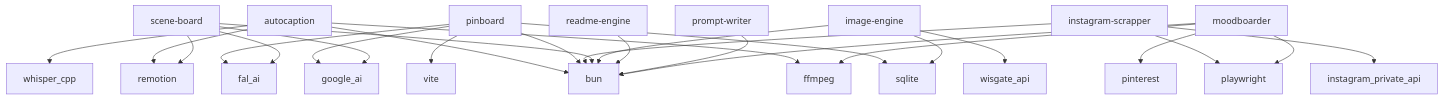
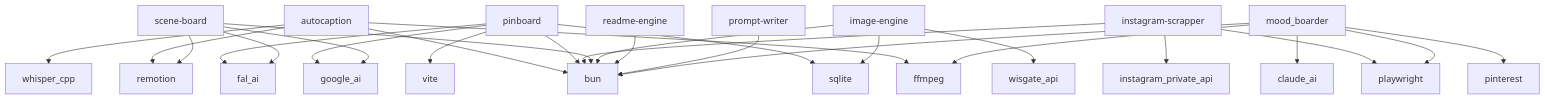
The diagram in README.md (Dragon-hearted/Adcelerate), drawn with Mermaid before and after one commit. The commit also changed other lines of this file, not shown here.

Commit message:
docs(readme): address CodeRabbit — eight systems, Claude dependency edge, moodboarder naming

````diff
--- a/README.md
+++ b/README.md
@@ -53,36 +53,37 @@
 ```mermaid
 graph TD
     autocaption[autocaption]
     autocaption --> bun
     autocaption --> ffmpeg
     autocaption --> whisper_cpp
     autocaption --> remotion
     pinboard[pinboard]
     pinboard --> bun
     pinboard --> sqlite
     pinboard --> google_ai
     pinboard --> vite
     pinboard --> fal_ai
     instagram_scrapper[instagram-scrapper]
     instagram_scrapper --> bun
     instagram_scrapper --> playwright
     instagram_scrapper --> instagram_private_api
     scene_board[scene-board]
     scene_board --> bun
     scene_board --> fal_ai
     scene_board --> google_ai
     scene_board --> remotion
     image_engine[image-engine]
     image_engine --> bun
     image_engine --> wisgate_api
     image_engine --> sqlite
     readme_engine[readme-engine]
     readme_engine --> bun
     prompt_writer[prompt-writer]
     prompt_writer --> bun
-    moodboarder[moodboarder]
-    moodboarder --> bun
-    moodboarder --> ffmpeg
-    moodboarder --> playwright
-    moodboarder --> pinterest
+    mood_boarder[mood_boarder]
+    mood_boarder --> bun
+    mood_boarder --> ffmpeg
+    mood_boarder --> playwright
+    mood_boarder --> pinterest
+    mood_boarder --> claude_ai
 ```
````
